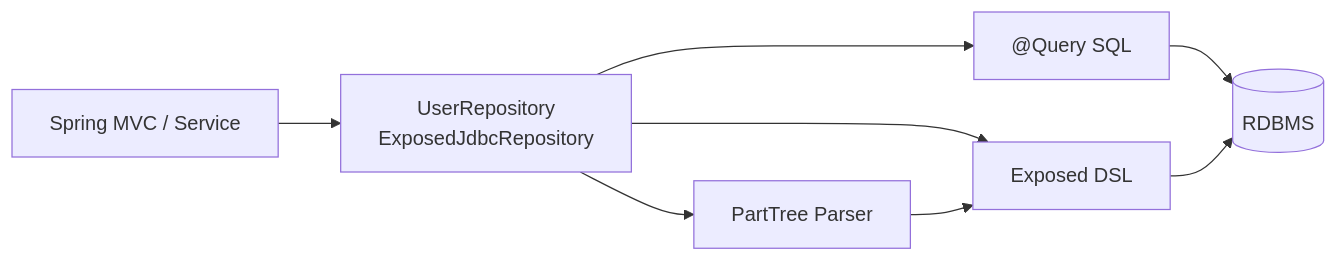
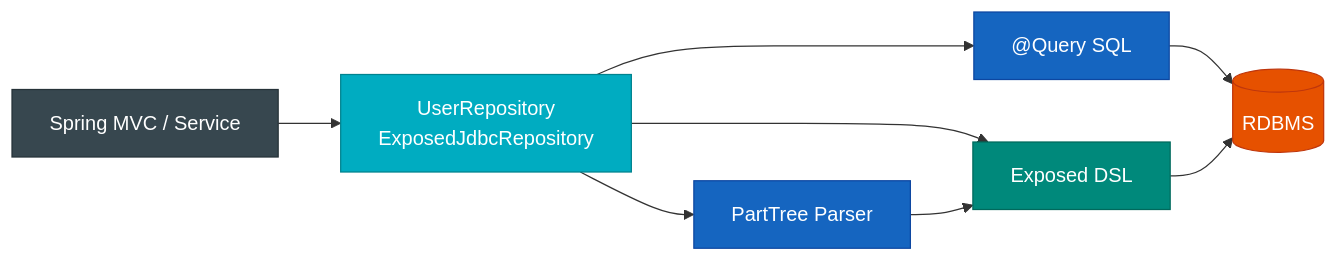
Before and after one commit to bluetape4k/bluetape4k-projects: the second of 2 diagrams in spring-boot4/exposed-jdbc/README.ko.md, drawn with Mermaid. The commit also changed other lines of this file and 221 other files, not shown here.

First line of the commit message:
docs: 전체 모듈 README UML 다이어그램 보강 및 색상 업그레이드

````diff
--- a/spring-boot4/exposed-jdbc/README.ko.md
+++ b/spring-boot4/exposed-jdbc/README.ko.md
@@ -63,17 +70,29 @@
 ```mermaid
 flowchart LR
     Controller["Spring MVC / Service"]
     Repo["UserRepository<br/>ExposedJdbcRepository"]
     PartTree["PartTree Parser"]
     Query["@Query SQL"]
     DSL["Exposed DSL"]
     DB[("RDBMS")]
 
     Controller --> Repo
     Repo --> PartTree
     Repo --> Query
     Repo --> DSL
     PartTree --> DSL
     Query --> DB
     DSL --> DB
+
+    classDef controllerStyle fill:#37474F,stroke:#263238,color:#FFFFFF
+    classDef repoStyle fill:#00ACC1,stroke:#00838F,color:#FFFFFF
+    classDef parserStyle fill:#1565C0,stroke:#0D47A1,color:#FFFFFF
+    classDef dslStyle fill:#00897B,stroke:#00695C,color:#FFFFFF
+    classDef dbStyle fill:#E65100,stroke:#BF360C,color:#FFFFFF
+
+    class Controller controllerStyle
+    class Repo repoStyle
+    class PartTree,Query parserStyle
+    class DSL dslStyle
+    class DB dbStyle
 ```
````
